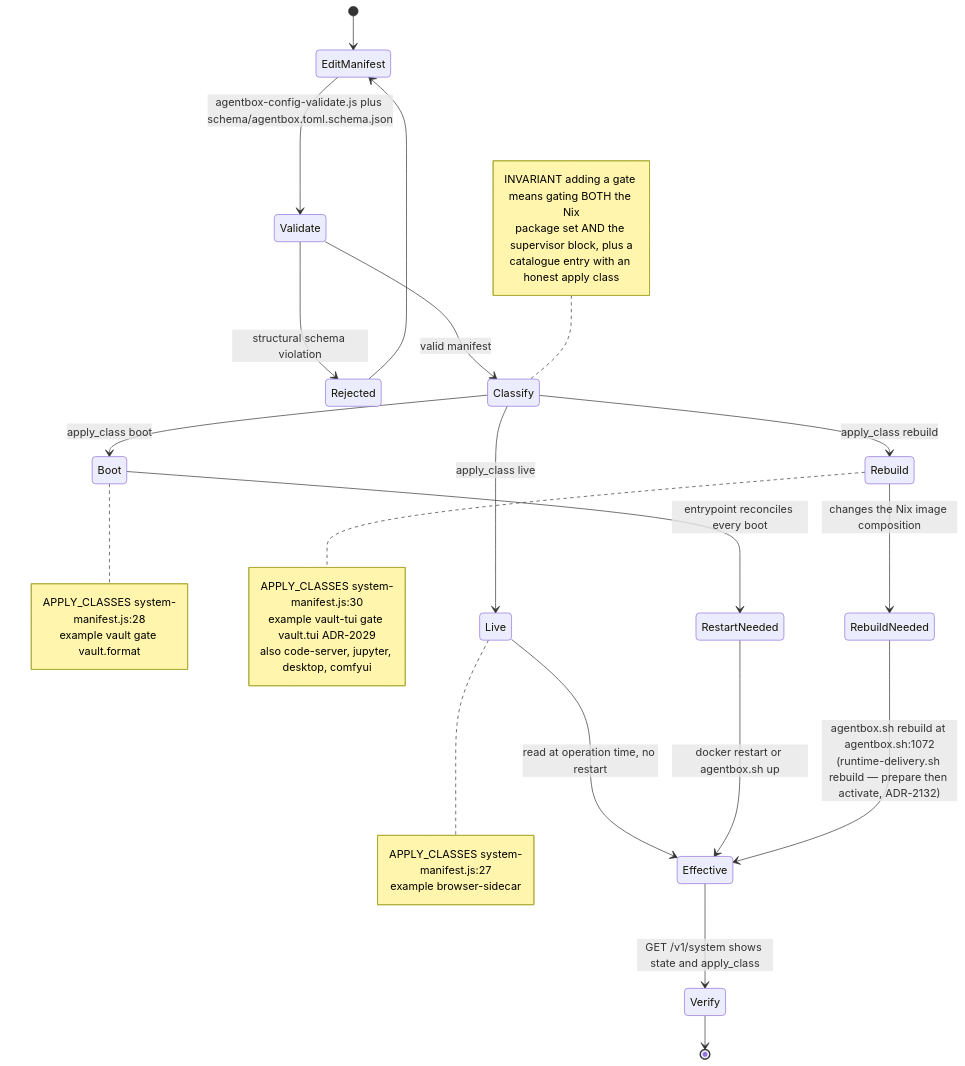
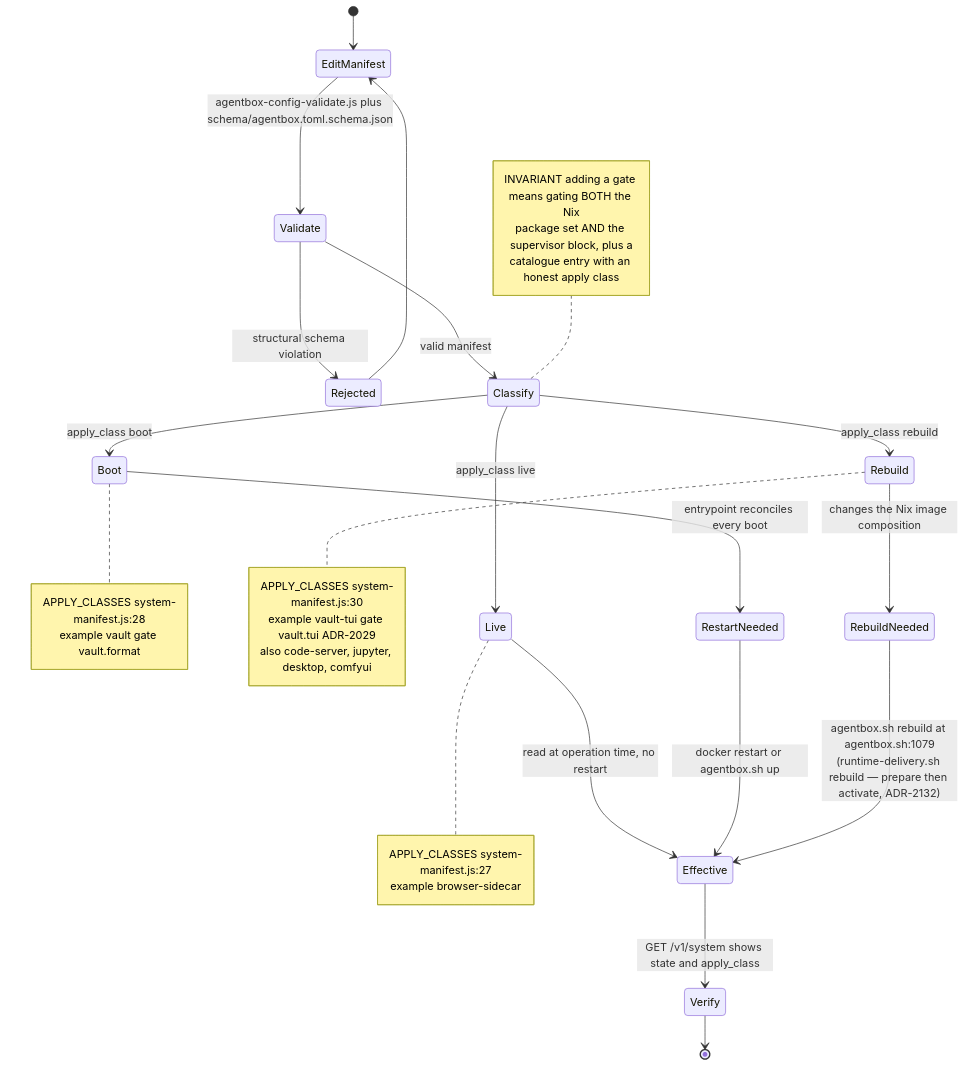
One commit to DreamLab-AI/VisionFlow changed the ninth of 15 diagrams in docs/diagrams/agentbox/05-manifest-gates-and-cli.md. Above: the diagram before and after it, drawn with Mermaid. The commit also changed other lines of this file and 80 other files, not shown here.

First line of the commit message:
docs(diagrams): re-verify the agentbox, dreamlab, estate and visionflow corpus against current sources

````diff
--- a/docs/diagrams/agentbox/05-manifest-gates-and-cli.md
+++ b/docs/diagrams/agentbox/05-manifest-gates-and-cli.md
@@ -282,40 +286,40 @@
 ```mermaid
 stateDiagram-v2
     [*] --> EditManifest
     EditManifest --> Validate: agentbox-config-validate.js plus schema/agentbox.toml.schema.json
     Validate --> Rejected: structural schema violation
     Validate --> Classify: valid manifest
     Rejected --> EditManifest
 
     Classify --> Live: apply_class live
     Classify --> Boot: apply_class boot
     Classify --> Rebuild: apply_class rebuild
 
     Live --> Effective: read at operation time, no restart
     Boot --> RestartNeeded: entrypoint reconciles every boot
     RestartNeeded --> Effective: docker restart or agentbox.sh up
     Rebuild --> RebuildNeeded: changes the Nix image composition
-    RebuildNeeded --> Effective: agentbox.sh rebuild at agentbox.sh:1072<br/>(runtime-delivery.sh rebuild — prepare then activate, ADR-2132)
+    RebuildNeeded --> Effective: agentbox.sh rebuild at agentbox.sh:1079<br/>(runtime-delivery.sh rebuild — prepare then activate, ADR-2132)
 
     Effective --> Verify: GET /v1/system shows state and apply_class
     Verify --> [*]
 
     note right of Live
         APPLY_CLASSES system-manifest.js:27
         example browser-sidecar
     end note
     note right of Boot
         APPLY_CLASSES system-manifest.js:28
         example vault gate vault.format
     end note
     note right of Rebuild
         APPLY_CLASSES system-manifest.js:30
         example vault-tui gate vault.tui ADR-2029
         also code-server, jupyter, desktop, comfyui
     end note
     note left of Classify
         INVARIANT adding a gate means gating BOTH the Nix
         package set AND the supervisor block, plus a
         catalogue entry with an honest apply class
     end note
 ```
````
